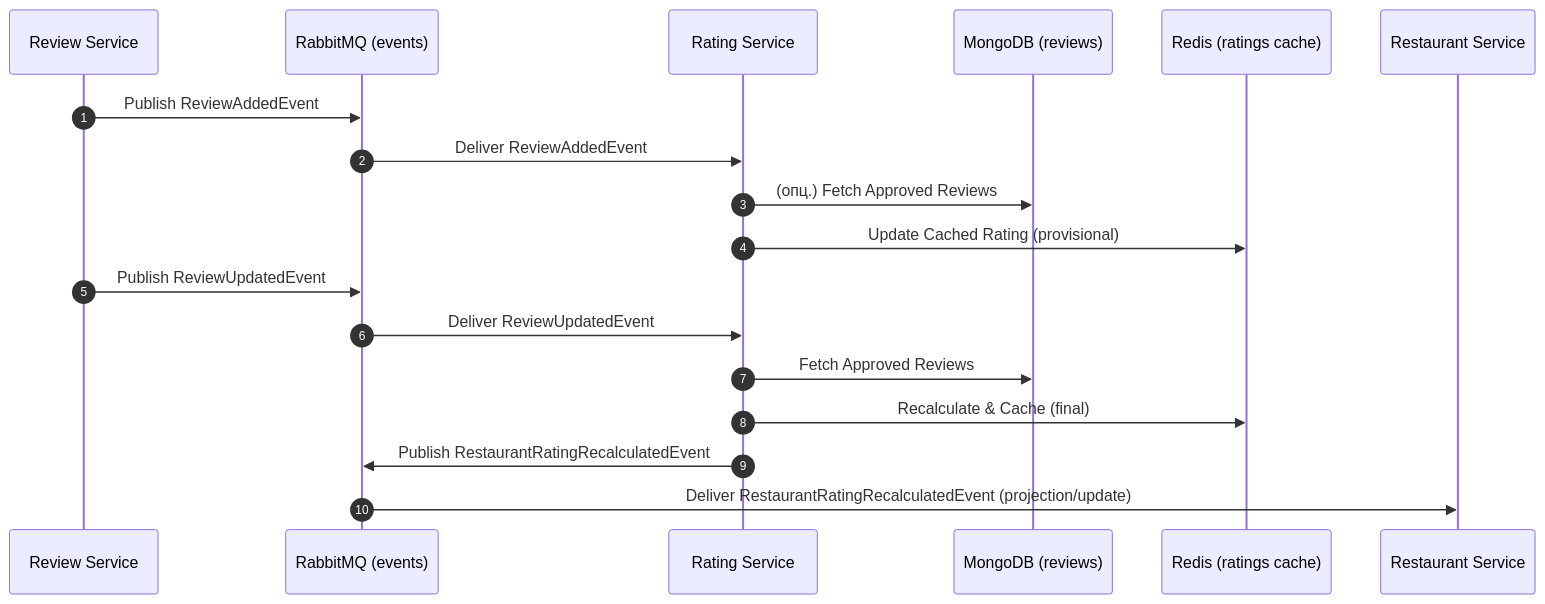
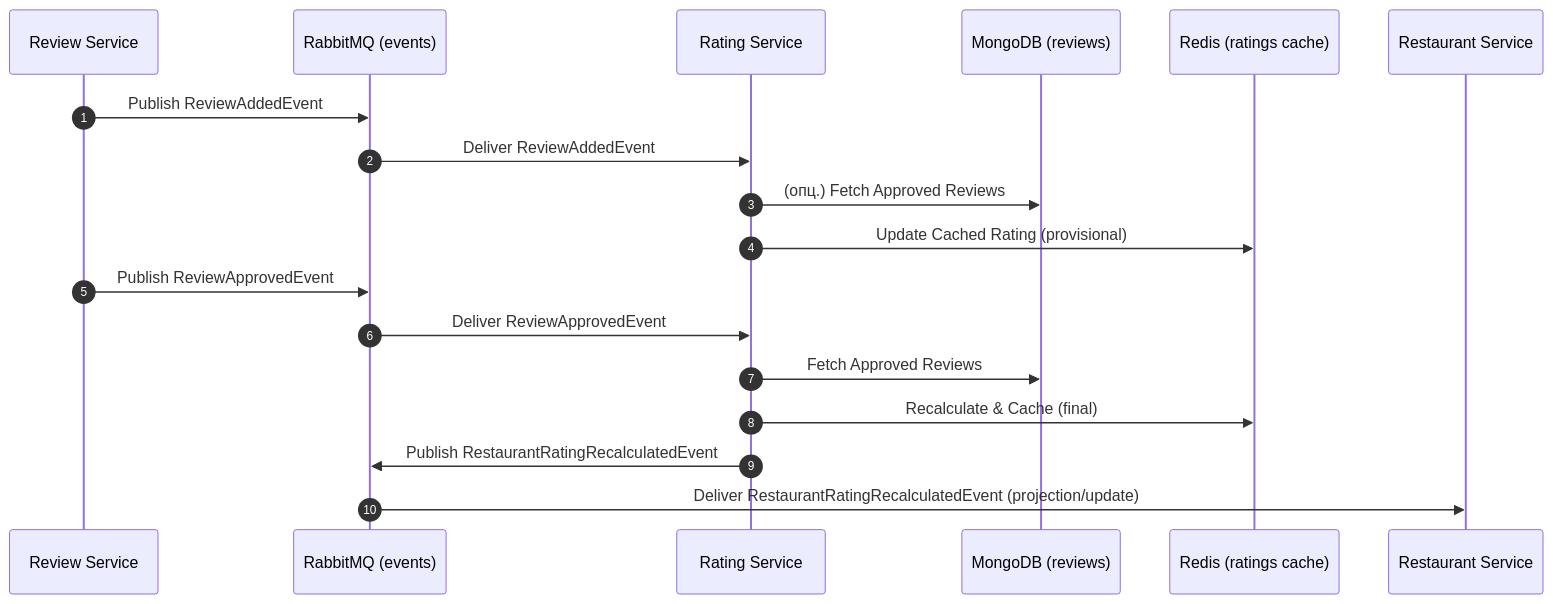
Before and after one commit to bagermoon/otuscode: the second of 2 diagrams in docs/services/RatingService.md, drawn with Mermaid. The commit also changed other lines of this file and 8 other files, not shown here.

Commit message:
feat(review): replace ReviewUpdatedEvent with ReviewApprovedEvent

````diff
--- a/docs/services/RatingService.md
+++ b/docs/services/RatingService.md
@@ -126,22 +126,22 @@
 ```mermaid
 sequenceDiagram
     autonumber
     participant RV as Review Service
     participant MQ as RabbitMQ (events)
     participant RT as Rating Service
     participant DBR as MongoDB (reviews)
     participant RD as Redis (ratings cache)
     participant RS as Restaurant Service
 
     RV->>MQ: Publish ReviewAddedEvent
     MQ->>RT: Deliver ReviewAddedEvent
     RT->>DBR: (опц.) Fetch Approved Reviews
     RT->>RD: Update Cached Rating (provisional)
 
-    RV->>MQ: Publish ReviewUpdatedEvent
-    MQ->>RT: Deliver ReviewUpdatedEvent
+    RV->>MQ: Publish ReviewApprovedEvent
+    MQ->>RT: Deliver ReviewApprovedEvent
     RT->>DBR: Fetch Approved Reviews
     RT->>RD: Recalculate & Cache (final)
     RT->>MQ: Publish RestaurantRatingRecalculatedEvent
     MQ->>RS: Deliver RestaurantRatingRecalculatedEvent (projection/update)
 ```
````
